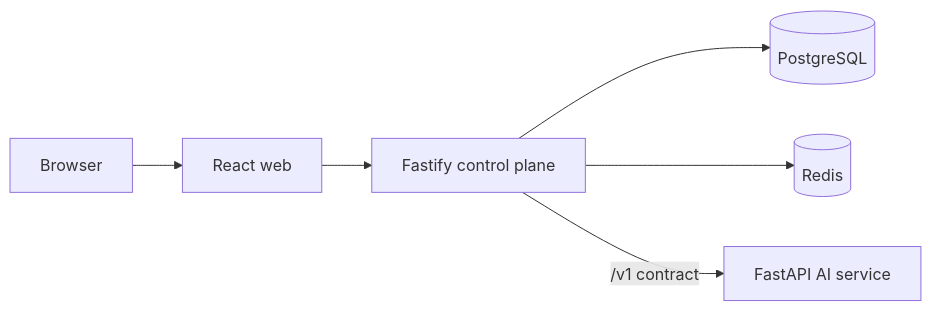
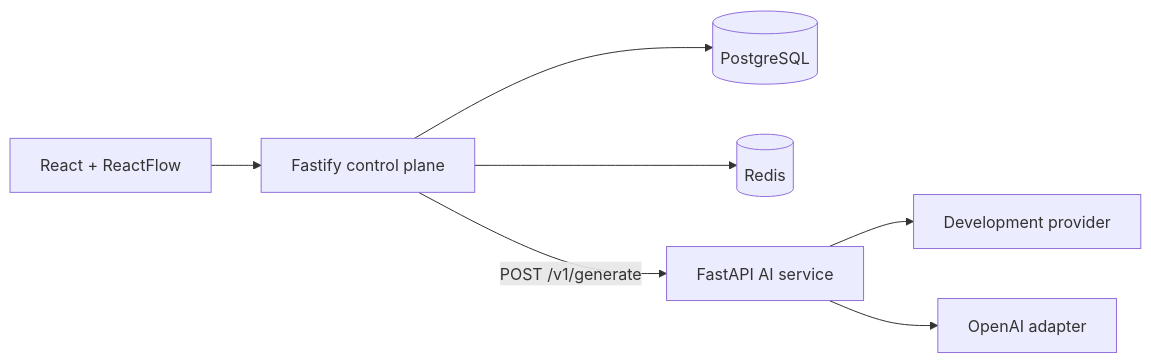
One commit to hafiz475/agentops-ai-workflow-platform changed the diagram in README.md. Above: the diagram before and after it, drawn with Mermaid. The commit also changed other lines of this file and 38 other files, not shown here.

````diff
--- a/README.md
+++ b/README.md
@@ -16,8 +38,9 @@
 ```mermaid
 flowchart LR
-  Browser --> Web[React web]
-  Web --> API[Fastify control plane]
+  Browser[React + ReactFlow] --> API[Fastify control plane]
   API --> DB[(PostgreSQL)]
   API --> Redis[(Redis)]
-  API -->|/v1 contract| AI[FastAPI AI service]
+  API -->|POST /v1/generate| AI[FastAPI AI service]
+  AI --> Dev[Development provider]
+  AI --> OpenAI[OpenAI adapter]
 ```
````
